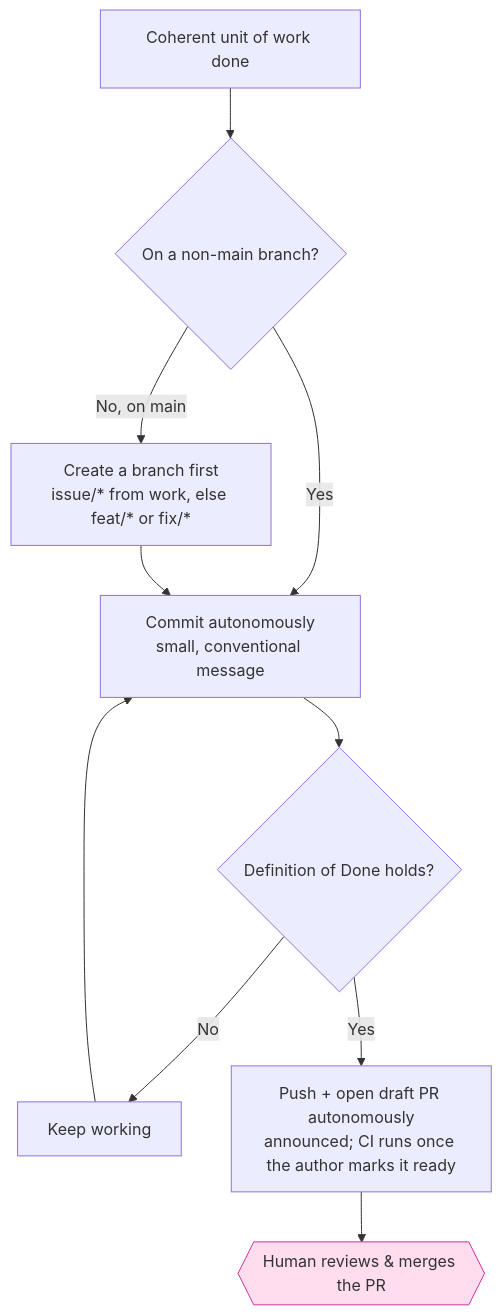
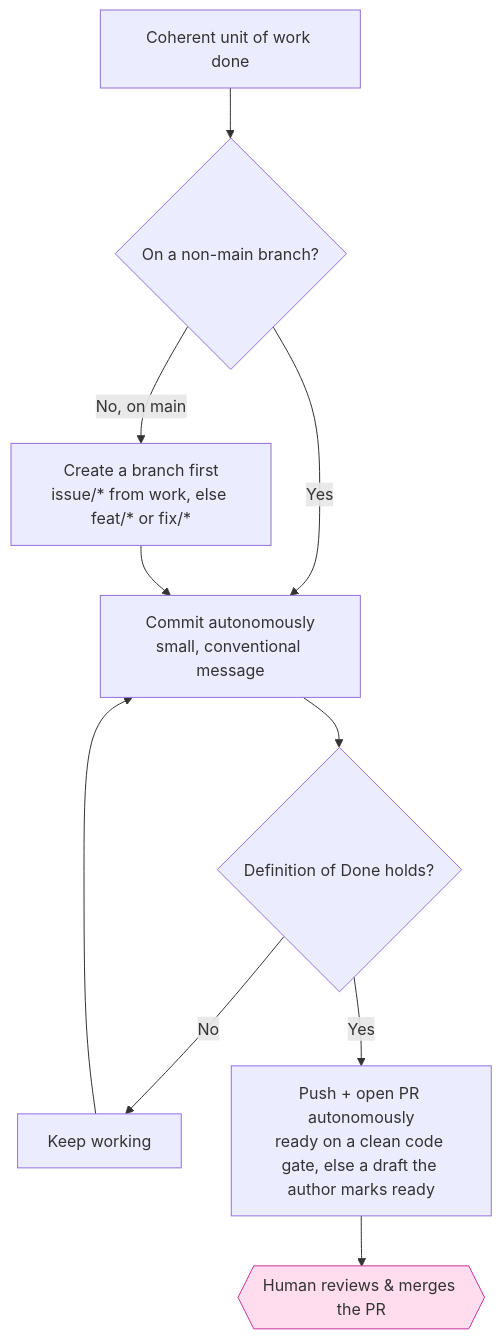
The diagram in docs/concepts/authorization-model.md (element22llc/e22-plugins), drawn with Mermaid before and after one commit. The commit also changed other lines of this file and 25 other files, not shown here.

First line of the commit message:
feat(skills): open the /steer:work PR ready when the code gate is clean

````diff
--- a/docs/concepts/authorization-model.md
+++ b/docs/concepts/authorization-model.md
@@ -8,15 +8,15 @@
 ```mermaid
 flowchart TD
     START[Coherent unit of work done] --> BRANCH{On a non-main branch?}
     BRANCH -->|No, on main| MK[Create a branch first<br/>issue/* from work, else feat/* or fix/*]
     BRANCH -->|Yes| COMMIT
     MK --> COMMIT[Commit autonomously<br/>small, conventional message]
     COMMIT --> DONE{Definition of Done holds?}
     DONE -->|No| MORE[Keep working]
     MORE --> COMMIT
-    DONE -->|Yes| PUSH[Push + open draft PR autonomously<br/>announced; CI runs once the author marks it ready]
+    DONE -->|Yes| PUSH[Push + open PR autonomously<br/>ready on a clean code gate, else a draft the author marks ready]
     PUSH --> GATE{{Human reviews & merges the PR}}
 
     classDef gated fill:#fde,stroke:#c39
     class GATE gated
 ```
````
